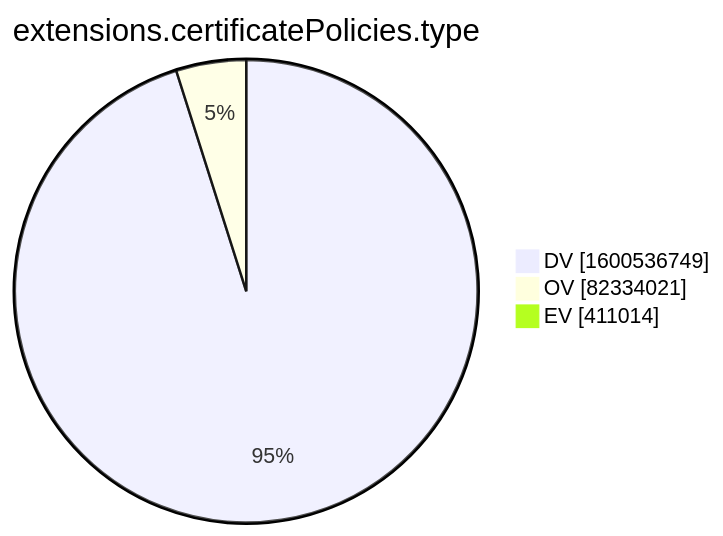
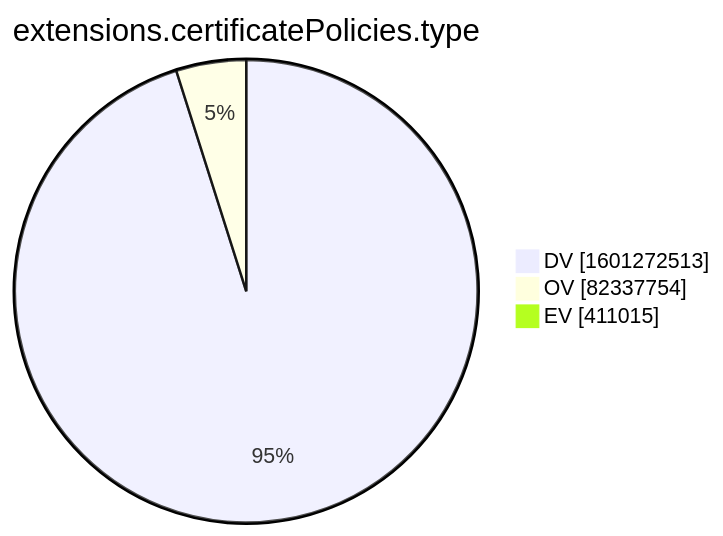
Before and after one commit to christiankrug/ctmonitor_visualization: the tenth of 15 diagrams in xenon2022/README.md, drawn with Mermaid. The commit also changed other lines of this file, not shown here.

````diff
--- a/xenon2022/README.md
+++ b/xenon2022/README.md
@@ -2878,7 +2878,7 @@
 ```mermaid
 pie showData
 title extensions.certificatePolicies.type
-"DV" :1600536749
-"OV" :82334021
-"EV" :411014
+"DV" :1601272513
+"OV" :82337754
+"EV" :411015
 ```
````
